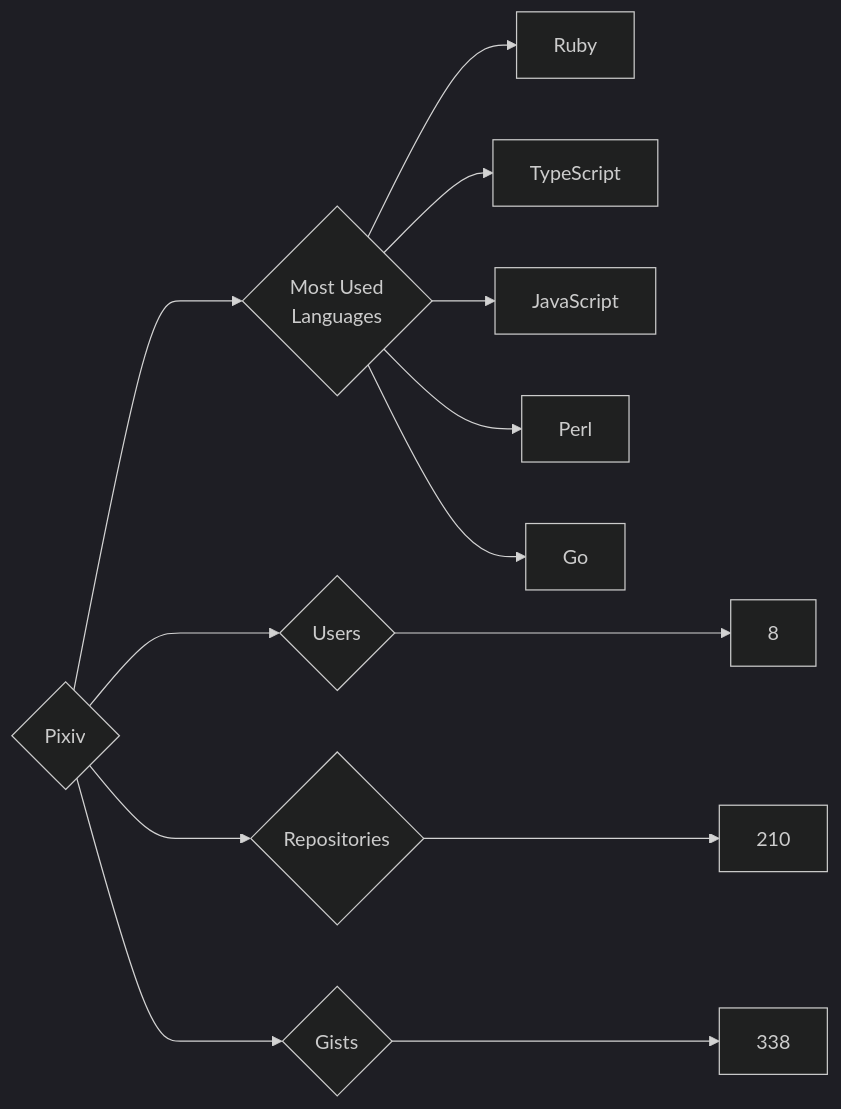
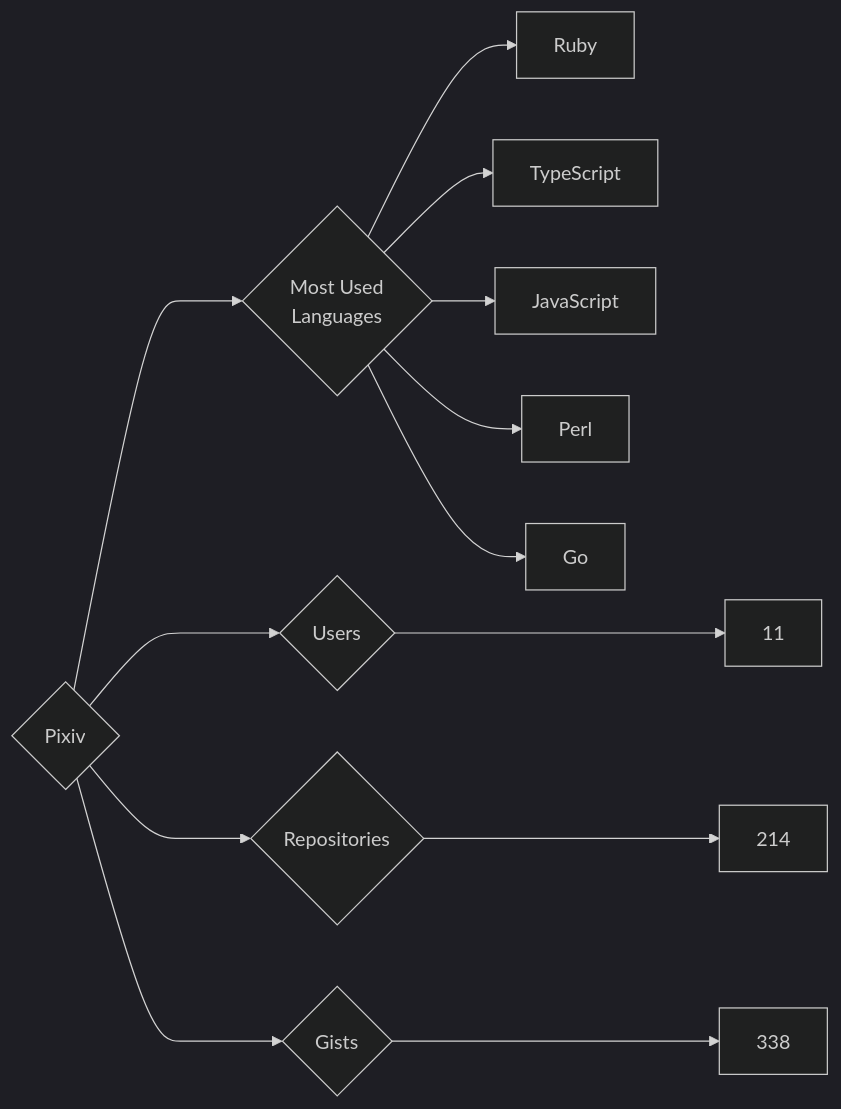
One commit to trickest/insiders changed the diagram in targets/Pixiv/README.md. Above: the diagram before and after it, drawn with Mermaid (dark theme). The commit also changed 1696 other files, not shown here.

````diff
--- a/targets/Pixiv/README.md
+++ b/targets/Pixiv/README.md
@@ -3,13 +3,13 @@
 ```mermaid
 graph LR
 COMPANY_NAME{Pixiv}
-COMPANY_NAME ---> U{Users} ---> UN[8]
-COMPANY_NAME ---> R{Repositories} ---> RN[210]
+COMPANY_NAME ---> U{Users} ---> UN[11]
+COMPANY_NAME ---> R{Repositories} ---> RN[214]
 COMPANY_NAME ---> G{Gists} ---> GN[338]
 COMPANY_NAME ---> ML{Most Used<br>Languages}
 ML --> Ruby[Ruby]
 ML --> TypeScript[TypeScript]
 ML --> JavaScript[JavaScript]
 ML --> Perl[Perl]
 ML --> Go[Go]
 ```
````
